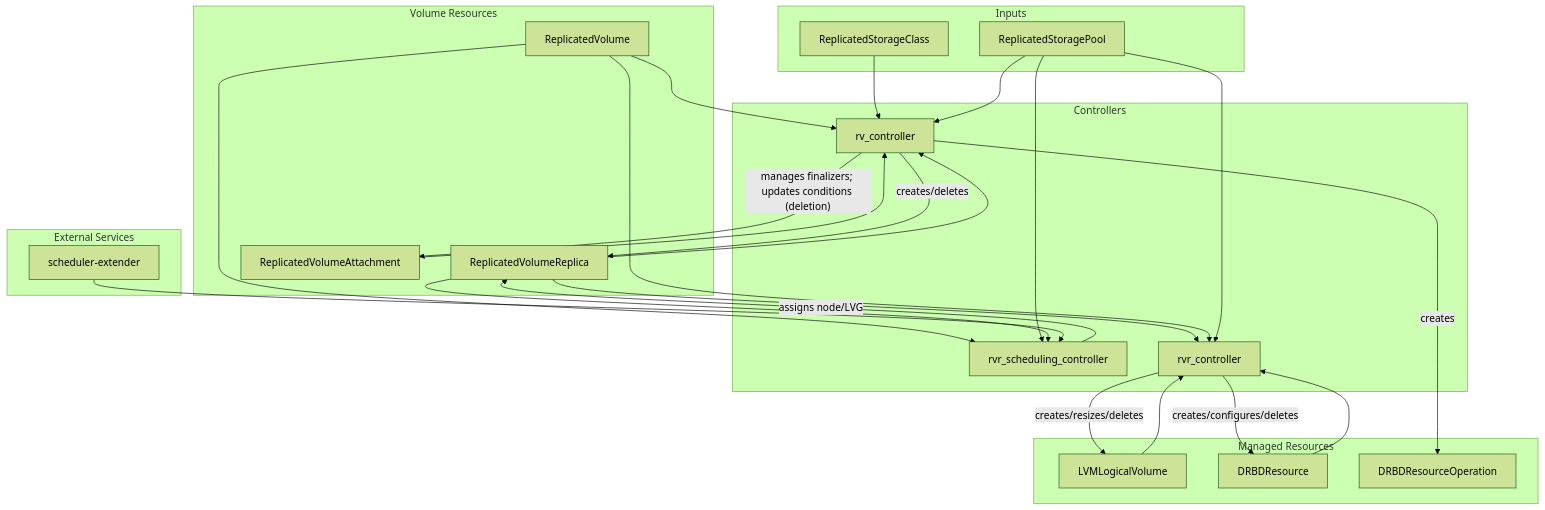
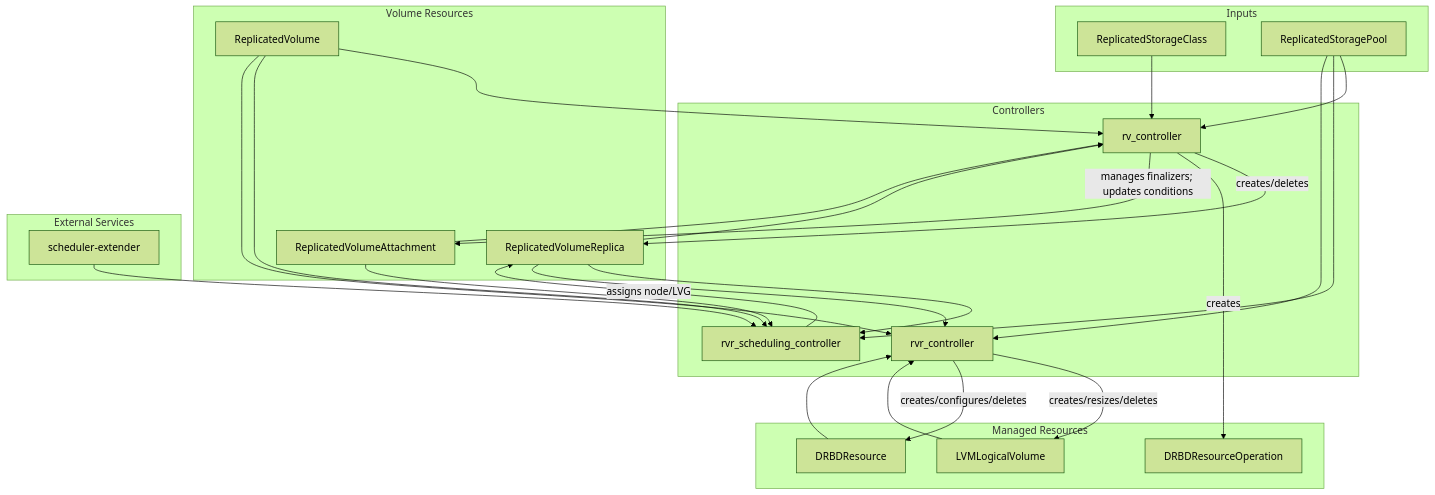
The second of 2 diagrams in images/controller/README.md (deckhouse/sds-replicated-volume), drawn with Mermaid (forest theme) before and after one commit. The commit also changed other lines of this file, not shown here.

````diff
--- a/images/controller/README.md
+++ b/images/controller/README.md
@@ -77,52 +77,53 @@
 ```mermaid
 flowchart TB
     subgraph inputs [Inputs]
         RSC[ReplicatedStorageClass]
         RSP[ReplicatedStoragePool]
     end
 
     subgraph volumeResources [Volume Resources]
         RV[ReplicatedVolume]
         RVR[ReplicatedVolumeReplica]
         RVA[ReplicatedVolumeAttachment]
     end
 
     subgraph controllers [Controllers]
         RVCtrl[rv_controller]
         RVRSchedCtrl[rvr_scheduling_controller]
         RVRCtrl[rvr_controller]
     end
 
     subgraph managed [Managed Resources]
         LLV[LVMLogicalVolume]
         DRBDR[DRBDResource]
         DRBDROp[DRBDResourceOperation]
     end
 
     subgraph externalSvc [External Services]
         SchExt[scheduler-extender]
     end
 
     RSC --> RVCtrl
     RSP --> RVCtrl
     RV --> RVCtrl
     RVR --> RVCtrl
     RVA --> RVCtrl
     RVCtrl -->|creates/deletes| RVR
     RVCtrl -->|creates| DRBDROp
-    RVCtrl -->|"manages finalizers; updates conditions (deletion)"| RVA
+    RVCtrl -->|"manages finalizers; updates conditions"| RVA
 
     RV --> RVRSchedCtrl
     RSP --> RVRSchedCtrl
     RVR --> RVRSchedCtrl
+    RVA --> RVRSchedCtrl
     SchExt --> RVRSchedCtrl
     RVRSchedCtrl -->|"assigns node/LVG"| RVR
 
     RVR --> RVRCtrl
     RV --> RVRCtrl
     RSP --> RVRCtrl
     LLV --> RVRCtrl
     DRBDR --> RVRCtrl
     RVRCtrl -->|creates/resizes/deletes| LLV
     RVRCtrl -->|creates/configures/deletes| DRBDR
 ```
````
